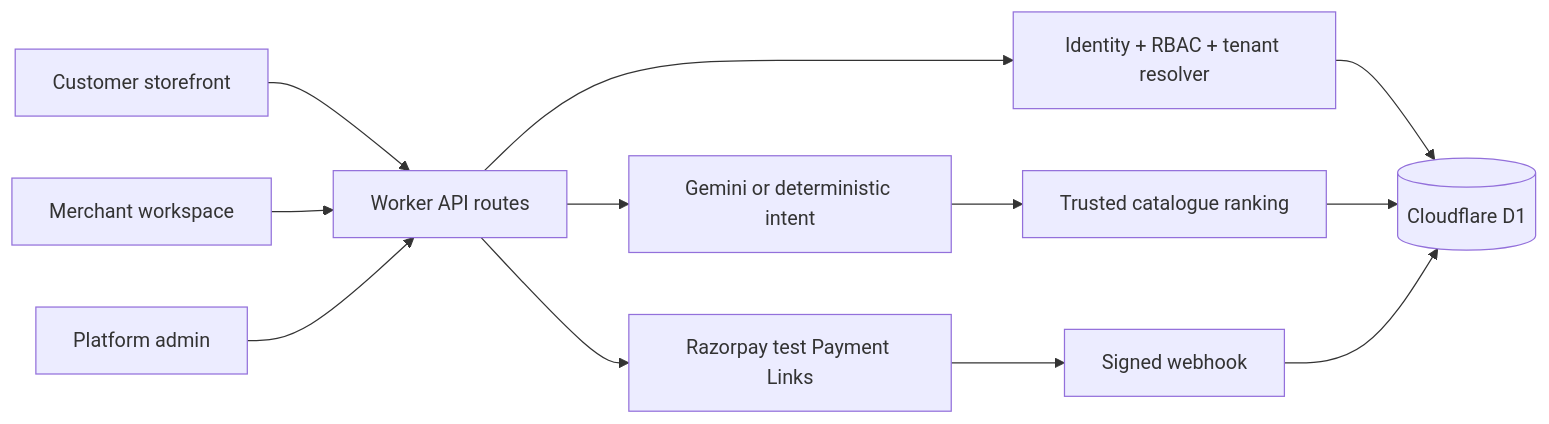
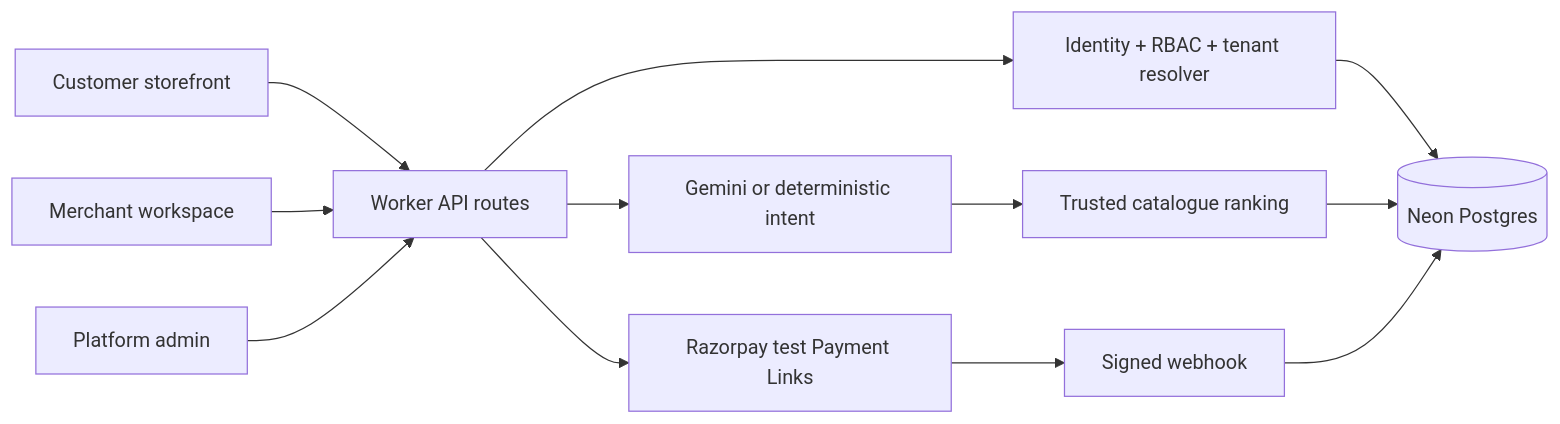
The diagram in README.md (abdulHannan22/LocalShop-AI), drawn with Mermaid before and after one commit. The commit also changed other lines of this file and 52 other files, not shown here.

````diff
--- a/README.md
+++ b/README.md
@@ -39,14 +39,14 @@
 ```mermaid
 flowchart LR
   C[Customer storefront] --> API[Worker API routes]
   M[Merchant workspace] --> API
   A[Platform admin] --> API
   API --> AUTH[Identity + RBAC + tenant resolver]
   API --> AI[Gemini or deterministic intent]
-  AUTH --> D1[(Cloudflare D1)]
+  AUTH --> DB[(Neon Postgres)]
   AI --> RANK[Trusted catalogue ranking]
-  RANK --> D1
+  RANK --> DB
   API --> RP[Razorpay test Payment Links]
   RP --> WH[Signed webhook]
-  WH --> D1
+  WH --> DB
 ```
````
